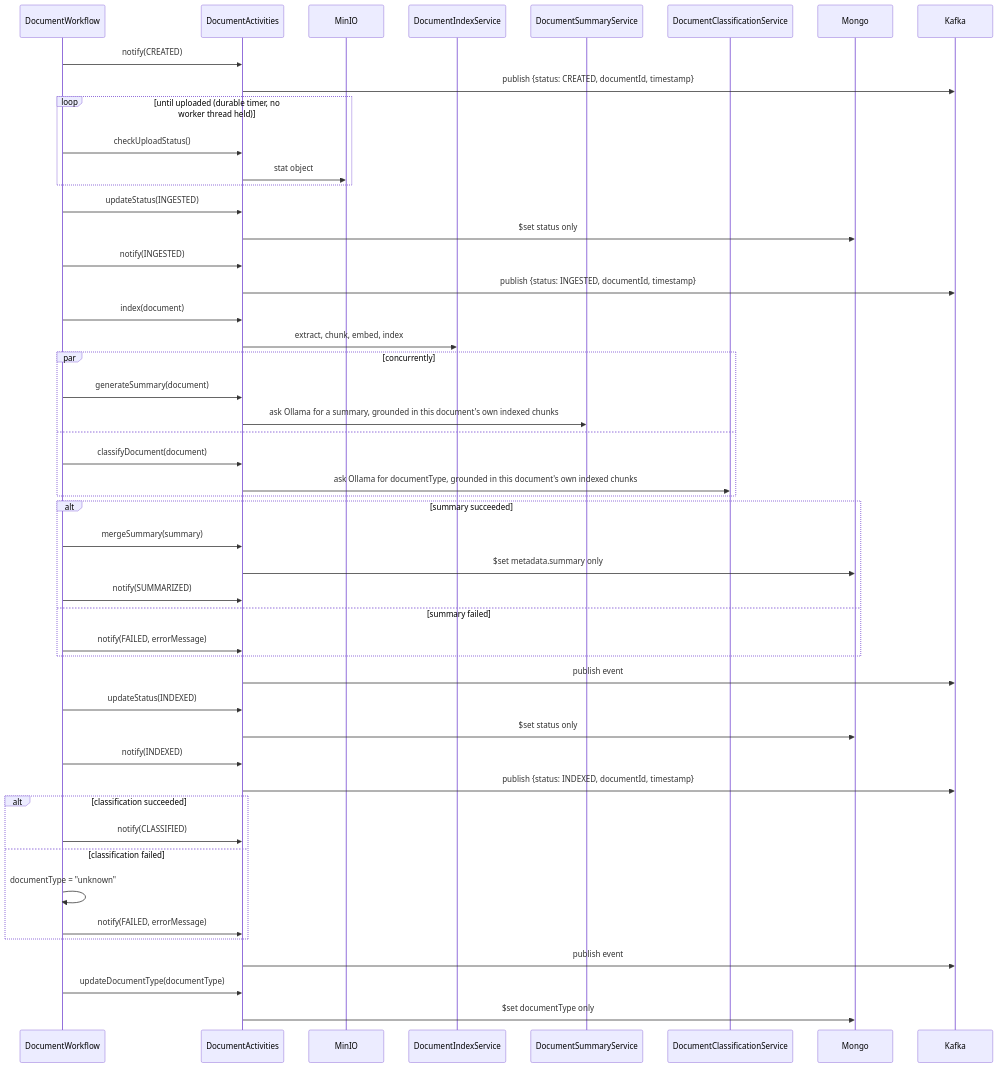
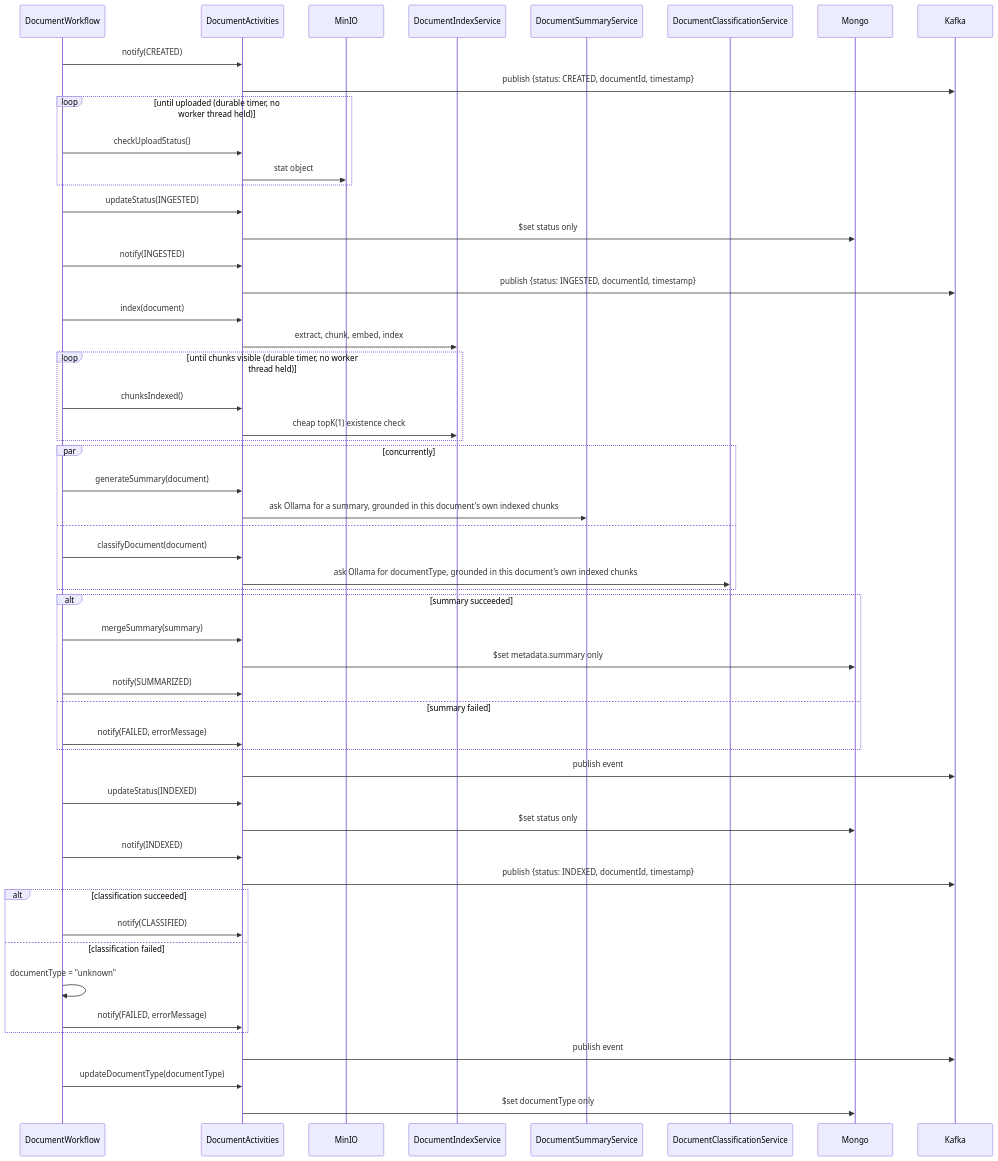
The fourth of 4 diagrams in docs/ARCHITECTURE.md (kamranzafar/docman-ai), drawn with Mermaid before and after one commit. The commit also changed other lines of this file, not shown here.

````diff
--- a/docs/ARCHITECTURE.md
+++ b/docs/ARCHITECTURE.md
@@ -113,52 +113,56 @@
 ```mermaid
 sequenceDiagram
     participant WF as DocumentWorkflow
     participant Act as DocumentActivities
     participant MinIO
     participant Idx as DocumentIndexService
     participant Sum as DocumentSummaryService
     participant Cls as DocumentClassificationService
     participant Mongo
     participant Kafka
 
     WF->>Act: notify(CREATED)
     Act->>Kafka: publish {status: CREATED, documentId, timestamp}
     loop until uploaded (durable timer, no worker thread held)
         WF->>Act: checkUploadStatus()
         Act->>MinIO: stat object
     end
     WF->>Act: updateStatus(INGESTED)
     Act->>Mongo: $set status only
     WF->>Act: notify(INGESTED)
     Act->>Kafka: publish {status: INGESTED, documentId, timestamp}
     WF->>Act: index(document)
     Act->>Idx: extract, chunk, embed, index
+    loop until chunks visible (durable timer, no worker thread held)
+        WF->>Act: chunksIndexed()
+        Act->>Idx: cheap topK(1) existence check
+    end
     par concurrently
         WF->>Act: generateSummary(document)
         Act->>Sum: ask Ollama for a summary, grounded in this document's own indexed chunks
     and
         WF->>Act: classifyDocument(document)
         Act->>Cls: ask Ollama for documentType, grounded in this document's own indexed chunks
     end
     alt summary succeeded
         WF->>Act: mergeSummary(summary)
         Act->>Mongo: $set metadata.summary only
         WF->>Act: notify(SUMMARIZED)
     else summary failed
         WF->>Act: notify(FAILED, errorMessage)
     end
     Act->>Kafka: publish event
     WF->>Act: updateStatus(INDEXED)
     Act->>Mongo: $set status only
     WF->>Act: notify(INDEXED)
     Act->>Kafka: publish {status: INDEXED, documentId, timestamp}
     alt classification succeeded
         WF->>Act: notify(CLASSIFIED)
     else classification failed
         WF->>WF: documentType = "unknown"
         WF->>Act: notify(FAILED, errorMessage)
     end
     Act->>Kafka: publish event
     WF->>Act: updateDocumentType(documentType)
     Act->>Mongo: $set documentType only
 ```
````
